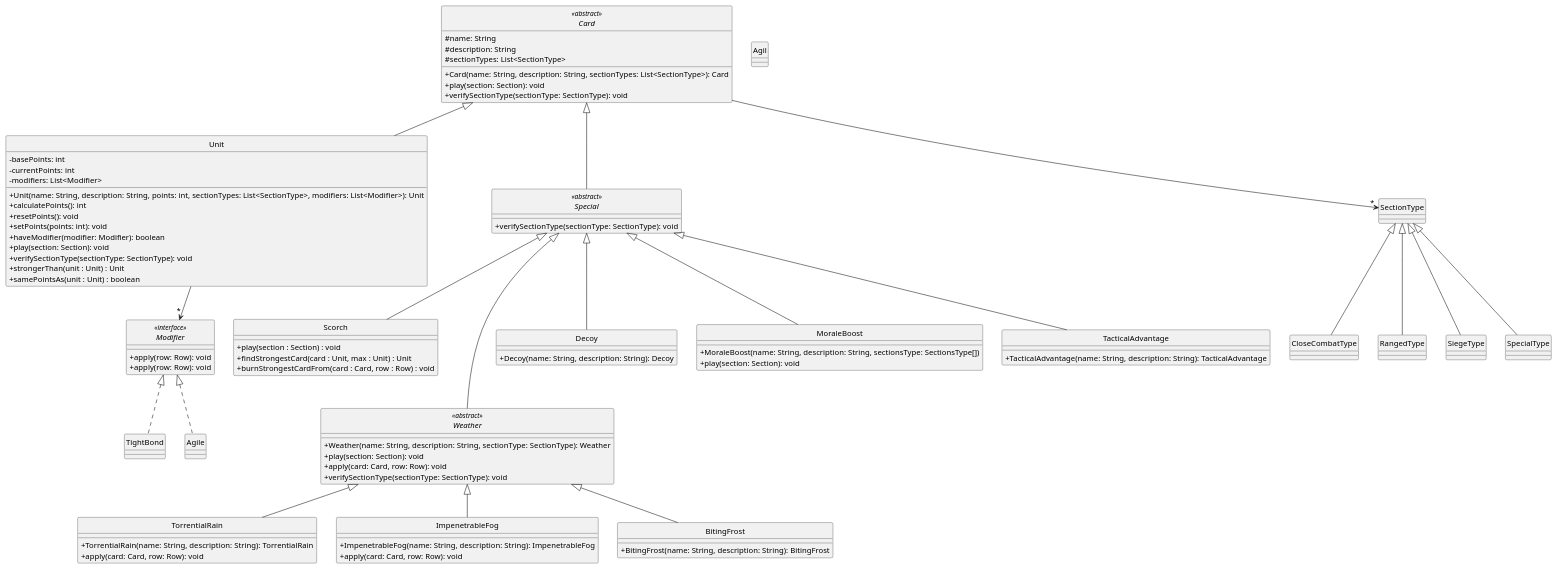
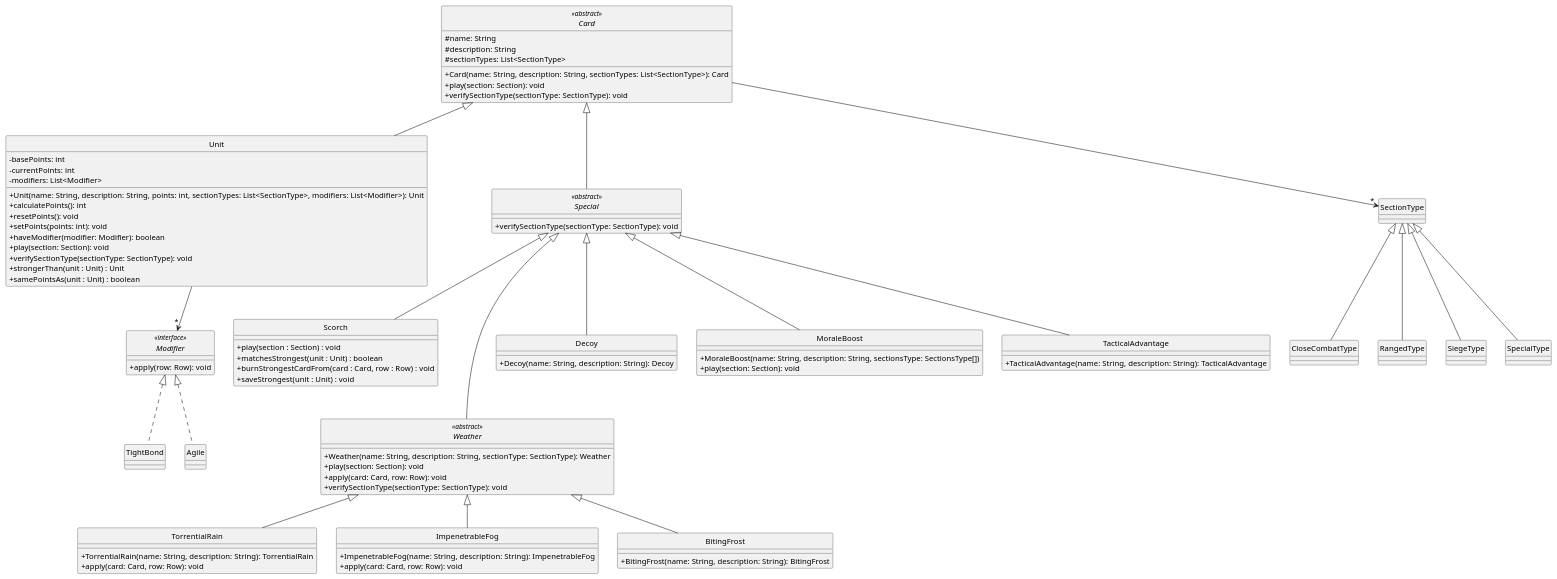
Before and after one commit to Yonhir/algo3_proyecto_base_tp2: the diagram in diagrams/classes/cards.plantuml, drawn with PlantUML. The commit also changed 4 other files, not shown here.

```diff
--- a/diagrams/classes/cards.plantuml
+++ b/diagrams/classes/cards.plantuml
@@ -1,128 +1,119 @@
 @startuml
 
 skinparam monochrome true
 hide circle
 skinparam classAttributeIconSize 0
 
 ' =====================
 ' CARD HIERARCHY
 ' =====================
 
 abstract class Card <<abstract>> {
   #name: String
   #description: String
   #sectionTypes: List<SectionType>
   +Card(name: String, description: String, sectionTypes: List<SectionType>): Card
   +play(section: Section): void
   +verifySectionType(sectionType: SectionType): void
 }
 
 class Unit {
   -basePoints: int
   -currentPoints: int
   -modifiers: List<Modifier>
   +Unit(name: String, description: String, points: int, sectionTypes: List<SectionType>, modifiers: List<Modifier>): Unit
   +calculatePoints(): int
   +resetPoints(): void
   +setPoints(points: int): void
   +haveModifier(modifier: Modifier): boolean
   +play(section: Section): void
   +verifySectionType(sectionType: SectionType): void
   +strongerThan(unit : Unit) : Unit
   +samePointsAs(unit : Unit) : boolean
 }
 
 abstract class Special <<abstract>> {
   +verifySectionType(sectionType: SectionType): void
 }
 
 class Scorch {
   +play(section : Section) : void
-  +findStrongestCard(card : Unit, max : Unit) : Unit
+  +matchesStrongest(unit : Unit) : boolean
   +burnStrongestCardFrom(card : Card, row : Row) : void
+  +saveStrongest(unit : Unit) : void
 }
 
 interface Modifier <<interface>> {
   +apply(row: Row): void
 }
 
 class TightBond {
 }
 
 class Agile {
 }
 
 abstract class Weather <<abstract>> {
   +Weather(name: String, description: String, sectionType: SectionType): Weather
   +play(section: Section): void
   +apply(card: Card, row: Row): void
   +verifySectionType(sectionType: SectionType): void
 }
 
 class TorrentialRain {
   +TorrentialRain(name: String, description: String): TorrentialRain
   +apply(card: Card, row: Row): void
 }
 
 class ImpenetrableFog {
   +ImpenetrableFog(name: String, description: String): ImpenetrableFog
   +apply(card: Card, row: Row): void
 }
 
 class BitingFrost {
   +BitingFrost(name: String, description: String): BitingFrost
 }
 
 class Decoy {
   +Decoy(name: String, description: String): Decoy
 }
 
 class MoraleBoost{
   +MoraleBoost(name: String, description: String, sectionsType: SectionsType[])
   +play(section: Section): void
 }
 
 class TacticalAdvantage {
   +TacticalAdvantage(name: String, description: String): TacticalAdvantage
 }
 
-interface Modifier <<interface>> {
-  +apply(row: Row): void
-}
-
-class TightBond {
-}
-
-class Agil {
-}
-
 ' =====================
 ' RELATIONSHIPS
 ' =====================
 
 Card <|-- Unit
 Card <|-- Special
 
 Card --> "*" SectionType
 
 SectionType <|-- CloseCombatType
 SectionType <|-- RangedType
 SectionType <|-- SiegeType
 SectionType <|-- SpecialType
 
 Unit --> "*" Modifier
 
 Modifier <|.. TightBond
 Modifier <|.. Agile
 
 Special <|-- Decoy
 Special <|-- TacticalAdvantage
 Special <|-- Scorch
 Special <|-- MoraleBoost
 Special <|--- Weather
 
 Weather <|-- TorrentialRain
 Weather <|-- ImpenetrableFog
 Weather <|-- BitingFrost
 
 @enduml
```
